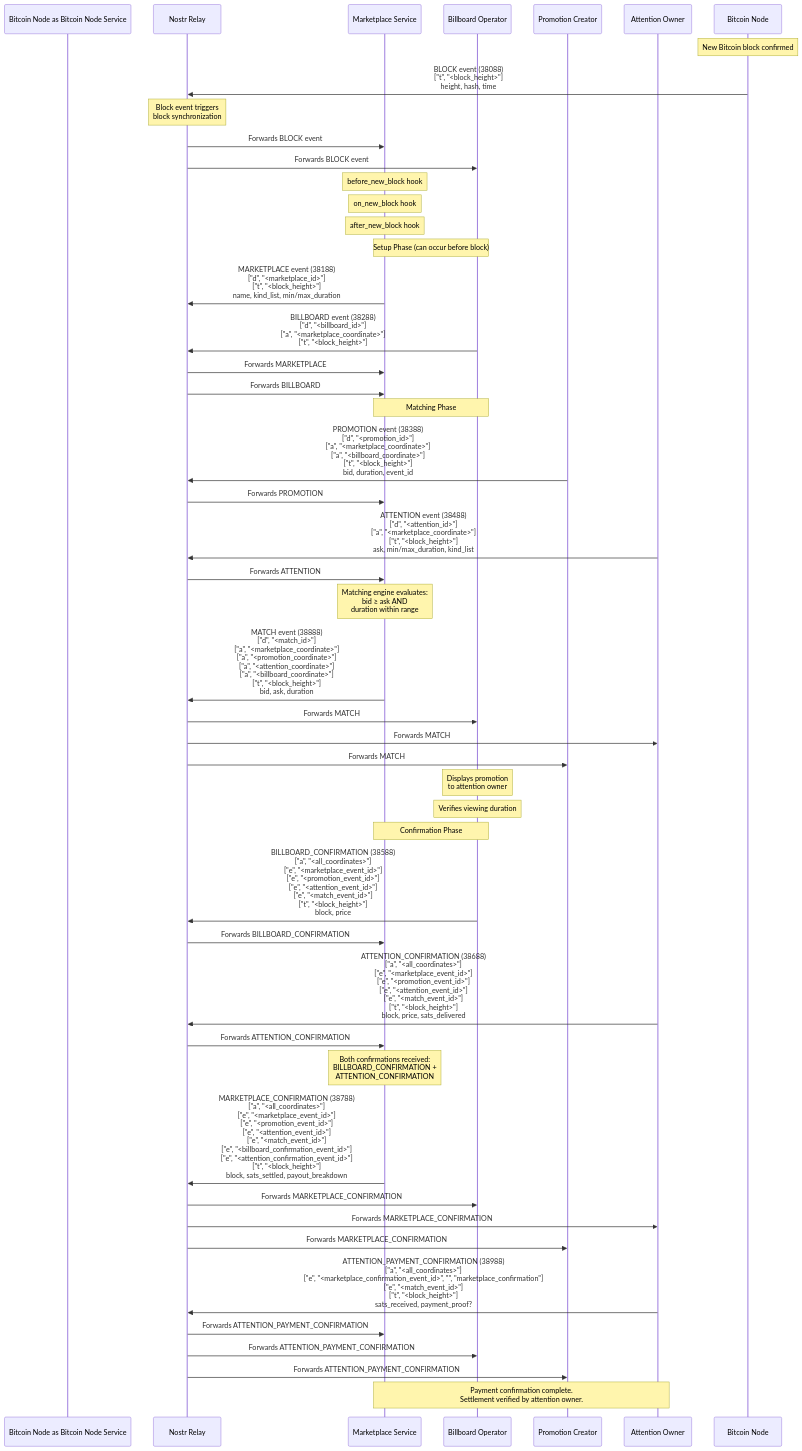
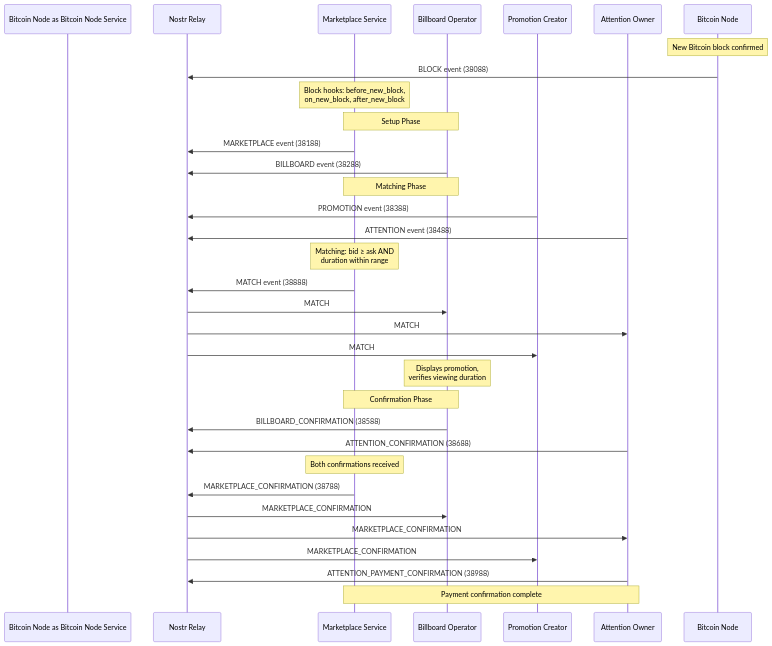
The diagram in packages/protocol/docs/EVENT_FLOW.md (joinnextblock/attn-protocol), drawn with Mermaid before and after one commit. The commit also changed other lines of this file and 54 other files, not shown here.

````diff
--- a/packages/protocol/docs/EVENT_FLOW.md
+++ b/packages/protocol/docs/EVENT_FLOW.md
@@ -11,72 +11,46 @@
 ```mermaid
 sequenceDiagram
     participant Bitcoin Node as Bitcoin Node Service
     participant Relay as Nostr Relay
     participant Marketplace as Marketplace Service
     participant Billboard as Billboard Operator
     participant Promoter as Promotion Creator
     participant Viewer as Attention Owner
 
     Note over Bitcoin Node: New Bitcoin block confirmed
-    Bitcoin Node->>Relay: BLOCK event (38088)<br/>["t", "<block_height>"]<br/>height, hash, time
+    Bitcoin Node->>Relay: BLOCK event (38088)
 
-    Note over Relay: Block event triggers<br/>block synchronization
+    Note over Marketplace: Block hooks: before_new_block,<br/>on_new_block, after_new_block
 
-    Relay->>Marketplace: Forwards BLOCK event
-    Relay->>Billboard: Forwards BLOCK event
-
-    Note over Marketplace: before_new_block hook
-    Note over Marketplace: on_new_block hook
-    Note over Marketplace: after_new_block hook
-
-    Note over Marketplace,Billboard: Setup Phase (can occur before block)
-    Marketplace->>Relay: MARKETPLACE event (38188)<br/>["d", "<marketplace_id>"]<br/>["t", "<block_height>"]<br/>name, kind_list, min/max_duration
-    Billboard->>Relay: BILLBOARD event (38288)<br/>["d", "<billboard_id>"]<br/>["a", "<marketplace_coordinate>"]<br/>["t", "<block_height>"]
-
-    Relay->>Marketplace: Forwards MARKETPLACE
-    Relay->>Marketplace: Forwards BILLBOARD
+    Note over Marketplace,Billboard: Setup Phase
+    Marketplace->>Relay: MARKETPLACE event (38188)
+    Billboard->>Relay: BILLBOARD event (38288)
 
     Note over Marketplace,Billboard: Matching Phase
-    Promoter->>Relay: PROMOTION event (38388)<br/>["d", "<promotion_id>"]<br/>["a", "<marketplace_coordinate>"]<br/>["a", "<billboard_coordinate>"]<br/>["t", "<block_height>"]<br/>bid, duration, event_id
+    Promoter->>Relay: PROMOTION event (38388)
+    Viewer->>Relay: ATTENTION event (38488)
 
-    Relay->>Marketplace: Forwards PROMOTION
+    Note over Marketplace: Matching: bid ≥ ask AND<br/>duration within range
+    Marketplace->>Relay: MATCH event (38888)
 
-    Viewer->>Relay: ATTENTION event (38488)<br/>["d", "<attention_id>"]<br/>["a", "<marketplace_coordinate>"]<br/>["t", "<block_height>"]<br/>ask, min/max_duration, kind_list
+    Relay->>Billboard: MATCH
+    Relay->>Viewer: MATCH
+    Relay->>Promoter: MATCH
 
-    Relay->>Marketplace: Forwards ATTENTION
-
-    Note over Marketplace: Matching engine evaluates:<br/>bid ≥ ask AND<br/>duration within range
-    Marketplace->>Relay: MATCH event (38888)<br/>["d", "<match_id>"]<br/>["a", "<marketplace_coordinate>"]<br/>["a", "<promotion_coordinate>"]<br/>["a", "<attention_coordinate>"]<br/>["a", "<billboard_coordinate>"]<br/>["t", "<block_height>"]<br/>bid, ask, duration
-
-    Relay->>Billboard: Forwards MATCH
-    Relay->>Viewer: Forwards MATCH
-    Relay->>Promoter: Forwards MATCH
-
-    Note over Billboard: Displays promotion<br/>to attention owner
-    Note over Billboard: Verifies viewing duration
+    Note over Billboard: Displays promotion,<br/>verifies viewing duration
 
     Note over Marketplace,Billboard: Confirmation Phase
-    Billboard->>Relay: BILLBOARD_CONFIRMATION (38588)<br/>["a", "<all_coordinates>"]<br/>["e", "<marketplace_event_id>"]<br/>["e", "<promotion_event_id>"]<br/>["e", "<attention_event_id>"]<br/>["e", "<match_event_id>"]<br/>["t", "<block_height>"]<br/>block, price
+    Billboard->>Relay: BILLBOARD_CONFIRMATION (38588)
+    Viewer->>Relay: ATTENTION_CONFIRMATION (38688)
 
-    Relay->>Marketplace: Forwards BILLBOARD_CONFIRMATION
+    Note over Marketplace: Both confirmations received
+    Marketplace->>Relay: MARKETPLACE_CONFIRMATION (38788)
 
-    Viewer->>Relay: ATTENTION_CONFIRMATION (38688)<br/>["a", "<all_coordinates>"]<br/>["e", "<marketplace_event_id>"]<br/>["e", "<promotion_event_id>"]<br/>["e", "<attention_event_id>"]<br/>["e", "<match_event_id>"]<br/>["t", "<block_height>"]<br/>block, price, sats_delivered
+    Relay->>Billboard: MARKETPLACE_CONFIRMATION
+    Relay->>Viewer: MARKETPLACE_CONFIRMATION
+    Relay->>Promoter: MARKETPLACE_CONFIRMATION
 
-    Relay->>Marketplace: Forwards ATTENTION_CONFIRMATION
+    Viewer->>Relay: ATTENTION_PAYMENT_CONFIRMATION (38988)
 
-    Note over Marketplace: Both confirmations received:<br/>BILLBOARD_CONFIRMATION +<br/>ATTENTION_CONFIRMATION
-
-    Marketplace->>Relay: MARKETPLACE_CONFIRMATION (38788)<br/>["a", "<all_coordinates>"]<br/>["e", "<marketplace_event_id>"]<br/>["e", "<promotion_event_id>"]<br/>["e", "<attention_event_id>"]<br/>["e", "<match_event_id>"]<br/>["e", "<billboard_confirmation_event_id>"]<br/>["e", "<attention_confirmation_event_id>"]<br/>["t", "<block_height>"]<br/>block, sats_settled, payout_breakdown
-
-    Relay->>Billboard: Forwards MARKETPLACE_CONFIRMATION
-    Relay->>Viewer: Forwards MARKETPLACE_CONFIRMATION
-    Relay->>Promoter: Forwards MARKETPLACE_CONFIRMATION
-
-    Viewer->>Relay: ATTENTION_PAYMENT_CONFIRMATION (38988)<br/>["a", "<all_coordinates>"]<br/>["e", "<marketplace_confirmation_event_id>", "", "marketplace_confirmation"]<br/>["e", "<match_event_id>"]<br/>["t", "<block_height>"]<br/>sats_received, payment_proof?
-
-    Relay->>Marketplace: Forwards ATTENTION_PAYMENT_CONFIRMATION
-    Relay->>Billboard: Forwards ATTENTION_PAYMENT_CONFIRMATION
-    Relay->>Promoter: Forwards ATTENTION_PAYMENT_CONFIRMATION
-
-    Note over Marketplace,Viewer: Payment confirmation complete.<br/>Settlement verified by attention owner.
+    Note over Marketplace,Viewer: Payment confirmation complete
 ```
````
